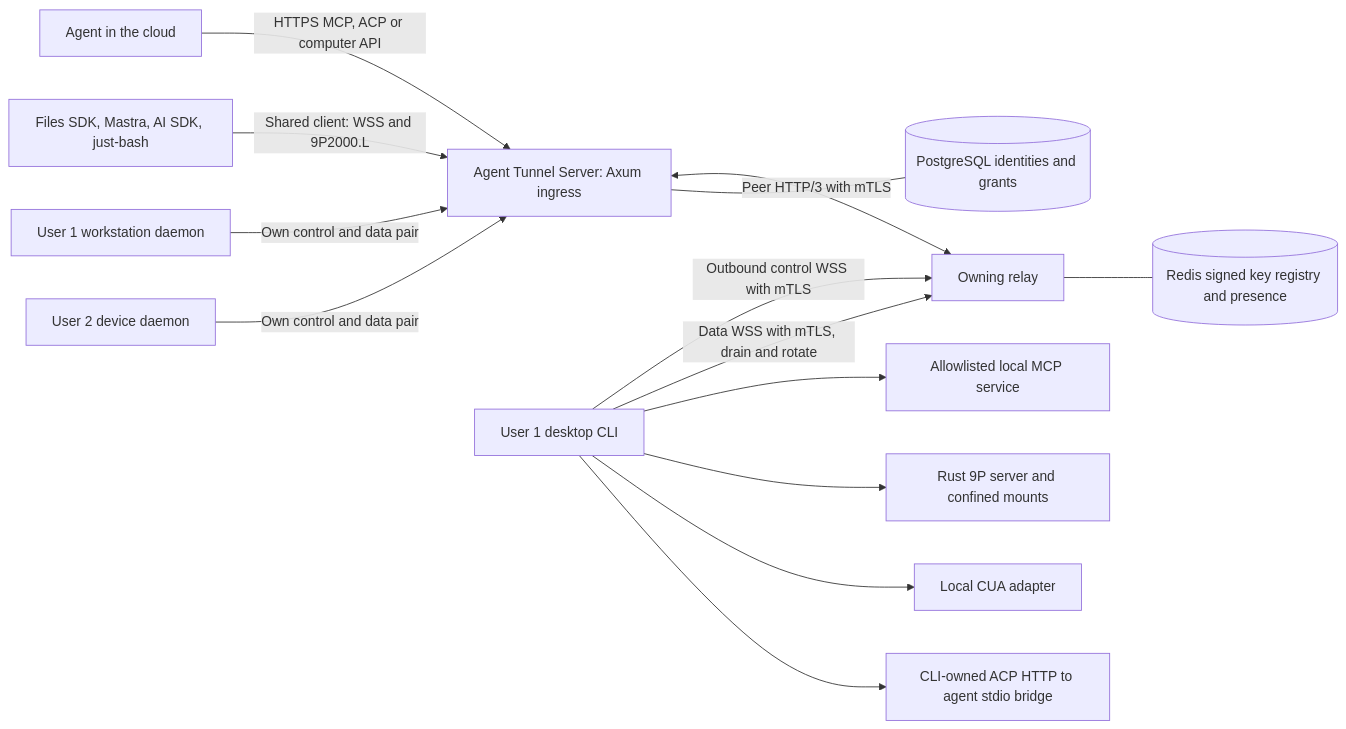
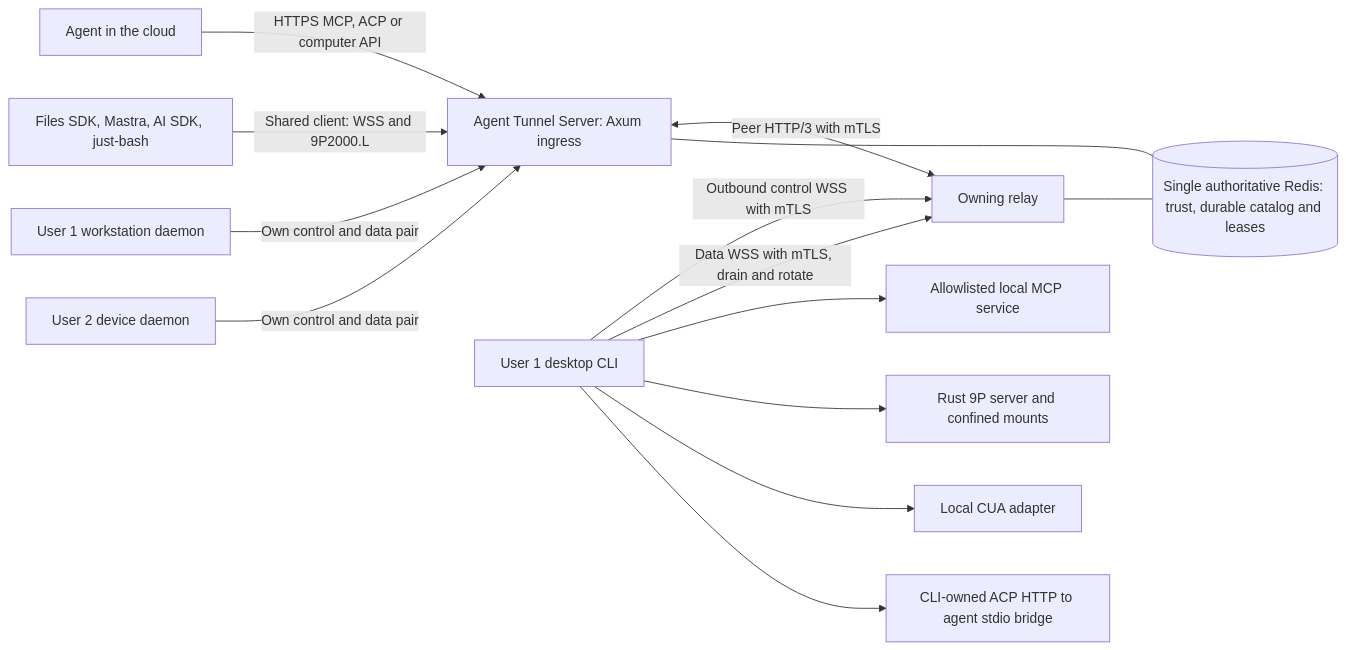
Before and after one commit to andymac4182/agent-tunnel: the diagram in docs/architecture.md, drawn with Mermaid. The commit also changed other lines of this file and 64 other files, not shown here.

````diff
--- a/docs/architecture.md
+++ b/docs/architecture.md
@@ -11,16 +13,16 @@
 ```mermaid
 flowchart LR
     A[Agent in the cloud] -->|HTTPS MCP, ACP or computer API| R[Agent Tunnel Server: Axum ingress]
     B[Files SDK, Mastra, AI SDK, just-bash] -->|Shared client: WSS and 9P2000.L| R
     R <-->|Peer HTTP/3 with mTLS| O[Owning relay]
-    R --- DB[(PostgreSQL identities and grants)]
-    O --- K[(Redis signed key registry and presence)]
+    R --- K[(Single authoritative Redis: trust, durable catalog and leases)]
+    O --- K
     D1[User 1 desktop CLI] -->|Outbound control WSS with mTLS| O
     D1 -->|Data WSS with mTLS, drain and rotate| O
     D2[User 1 workstation daemon] -->|Own control and data pair| R
     D3[User 2 device daemon] -->|Own control and data pair| R
     D1 --> M[Allowlisted local MCP service]
     D1 --> F[Rust 9P server and confined mounts]
     D1 --> C[Local CUA adapter]
     D1 --> ACP[CLI-owned ACP HTTP to agent stdio bridge]
 ```
````
